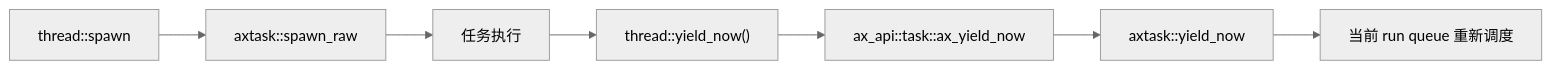
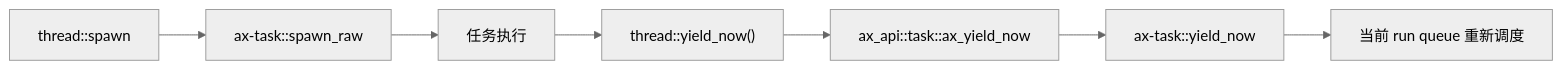
Before and after one commit to zKurisu/tgoskits: the first of 2 diagrams in docs/crates/arceos-yield.md, drawn with Mermaid (neutral theme). The commit also changed other lines of this file and 133 other files, not shown here.

Commit message:
rename axtask to ax-task

````diff
--- a/docs/crates/arceos-yield.md
+++ b/docs/crates/arceos-yield.md
@@ -25,9 +25,9 @@
 ```mermaid
 flowchart LR
-    A["thread::spawn"] --> B["axtask::spawn_raw"]
+    A["thread::spawn"] --> B["ax-task::spawn_raw"]
     B --> C["任务执行"]
     C --> D["thread::yield_now()"]
     D --> E["ax_api::task::ax_yield_now"]
-    E --> F["axtask::yield_now"]
+    E --> F["ax-task::yield_now"]
     F --> G["当前 run queue 重新调度"]
 ```
````
